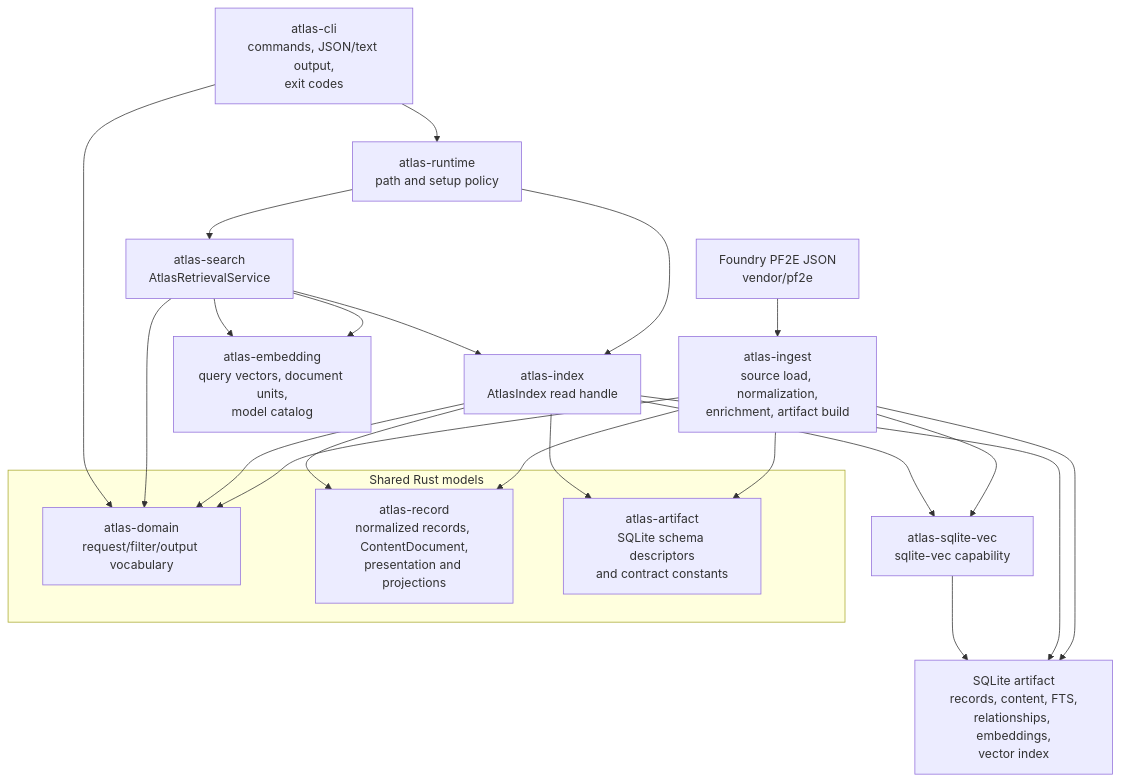
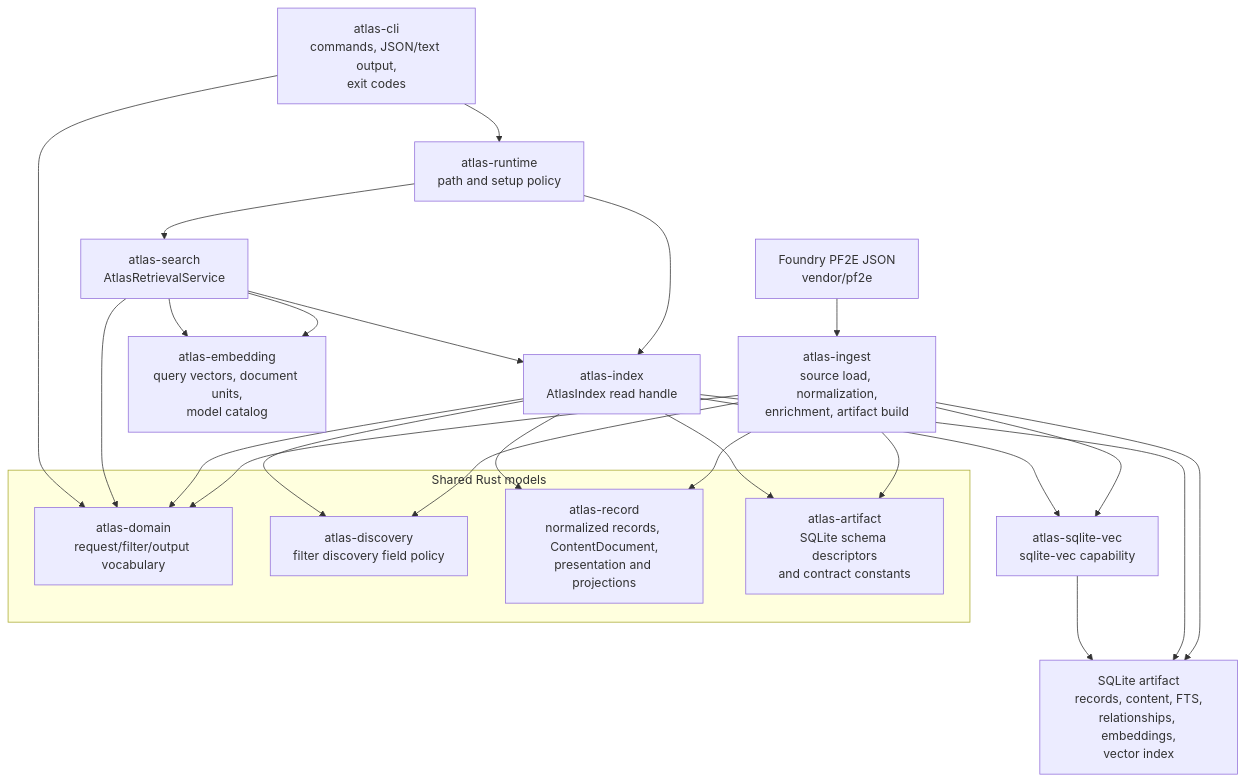
One commit to e-kosten/pf2e-atlas changed the first of 4 diagrams in docs/architecture/runtime.md. Above: the diagram before and after it, drawn with Mermaid. The commit also changed other lines of this file and 51 other files, not shown here.

Commit message:
feat: add Rust filter discovery catalogs

````diff
--- a/docs/architecture/runtime.md
+++ b/docs/architecture/runtime.md
@@ -9,32 +9,35 @@
 ```mermaid
 flowchart TD
     source["Foundry PF2E JSON<br/>vendor/pf2e"] --> ingest["atlas-ingest<br/>source load, normalization,<br/>enrichment, artifact build"]
     ingest --> artifact["SQLite artifact<br/>records, content, FTS,<br/>relationships, embeddings,<br/>vector index"]
 
     cli["atlas-cli<br/>commands, JSON/text output,<br/>exit codes"] --> runtime["atlas-runtime<br/>path and setup policy"]
     runtime --> search["atlas-search<br/>AtlasRetrievalService"]
     runtime --> index["atlas-index<br/>AtlasIndex read handle"]
 
     search --> index
     search --> embedding["atlas-embedding<br/>query vectors, document units,<br/>model catalog"]
     index --> artifact
     ingest --> sqliteVec["atlas-sqlite-vec<br/>sqlite-vec capability"]
     index --> sqliteVec
     sqliteVec --> artifact
 
     subgraph SharedRustModels["Shared Rust models"]
       domain["atlas-domain<br/>request/filter/output vocabulary"]
+      discovery["atlas-discovery<br/>filter discovery field policy"]
       record["atlas-record<br/>normalized records, ContentDocument,<br/>presentation and projections"]
       artifactSchema["atlas-artifact<br/>SQLite schema descriptors<br/>and contract constants"]
     end
 
     ingest --> domain
+    ingest --> discovery
     ingest --> record
     ingest --> artifactSchema
     index --> domain
+    index --> discovery
     index --> record
     index --> artifactSchema
     search --> domain
     search --> embedding
     cli --> domain
 ```
````
